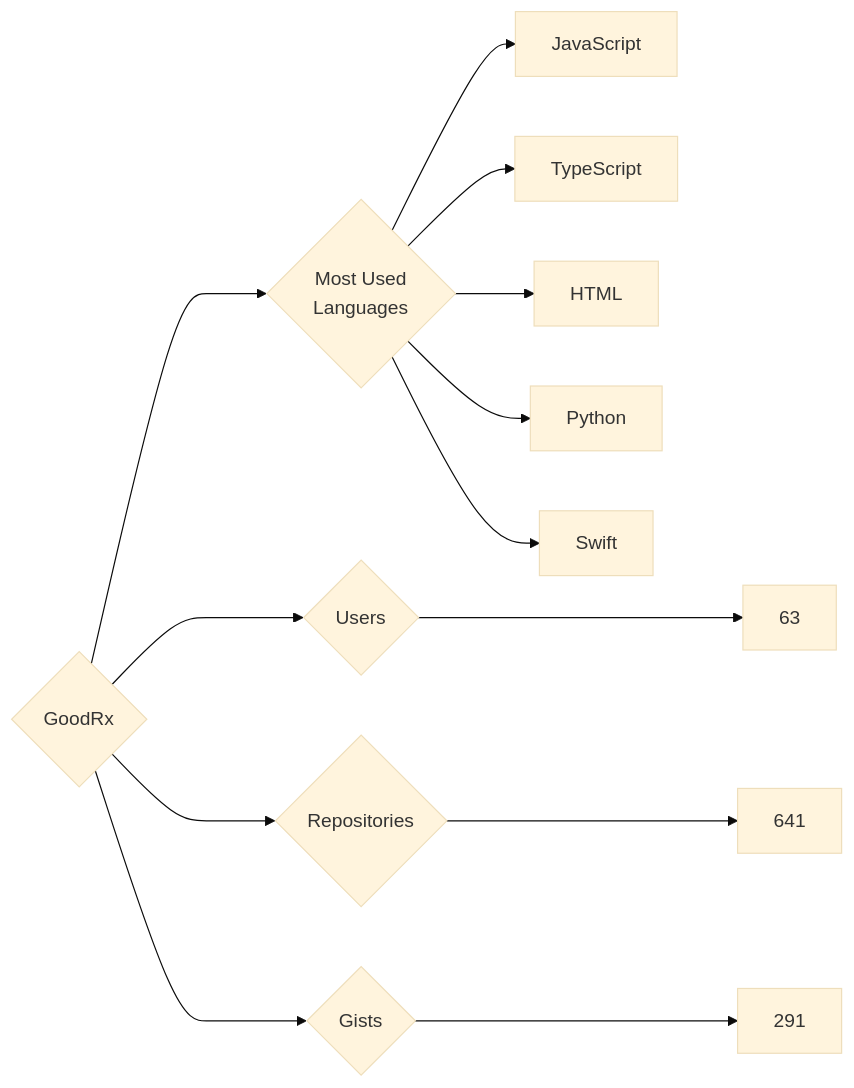
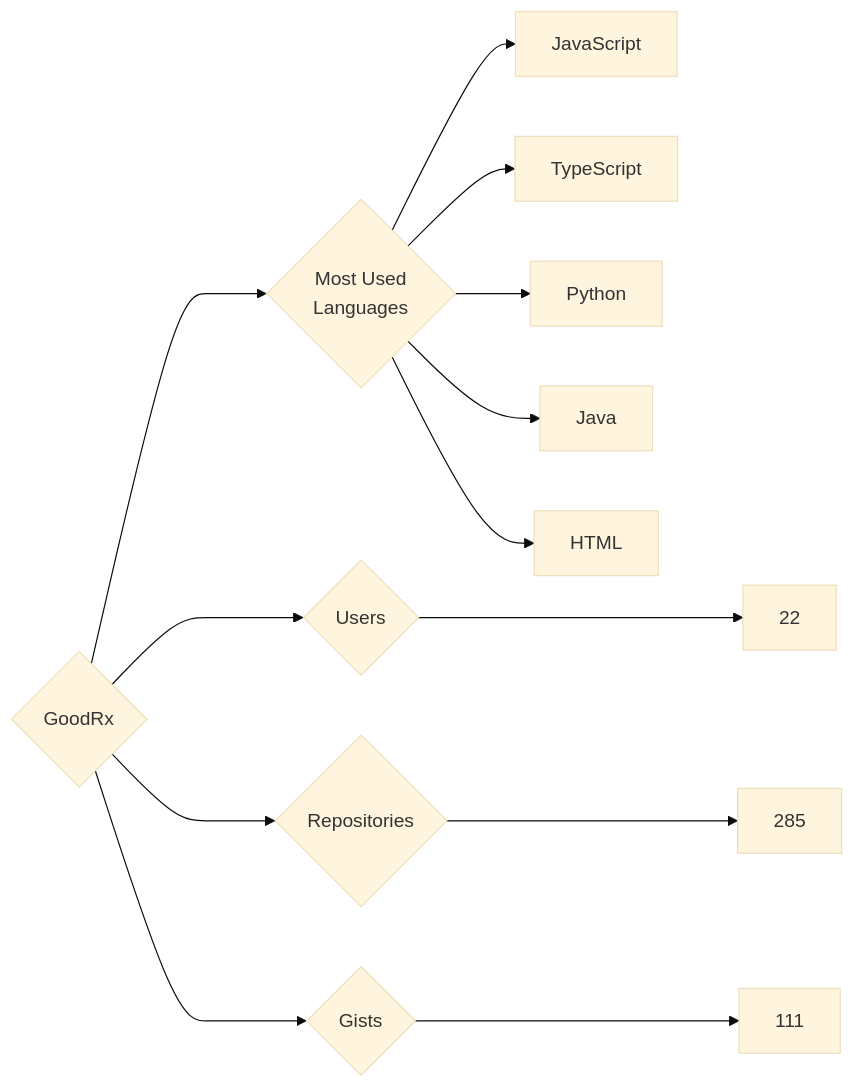
One commit to trickest/insiders changed the diagram in targets/GoodRx/README.md. Above: the diagram before and after it, drawn with Mermaid (base theme). The commit also changed 553 other files, not shown here.

````diff
--- a/targets/GoodRx/README.md
+++ b/targets/GoodRx/README.md
@@ -3,13 +3,13 @@
 ```mermaid
 graph LR
 COMPANY_NAME{GoodRx}
-COMPANY_NAME ---> U{Users} ---> UN[63]
-COMPANY_NAME ---> R{Repositories} ---> RN[641]
-COMPANY_NAME ---> G{Gists} ---> GN[291]
+COMPANY_NAME ---> U{Users} ---> UN[22]
+COMPANY_NAME ---> R{Repositories} ---> RN[285]
+COMPANY_NAME ---> G{Gists} ---> GN[111]
 COMPANY_NAME ---> ML{Most Used<br>Languages}
 ML --> JavaScript[JavaScript]
 ML --> TypeScript[TypeScript]
+ML --> Python[Python]
+ML --> Java[Java]
 ML --> HTML[HTML]
-ML --> Python[Python]
-ML --> Swift[Swift]
 ```
````
